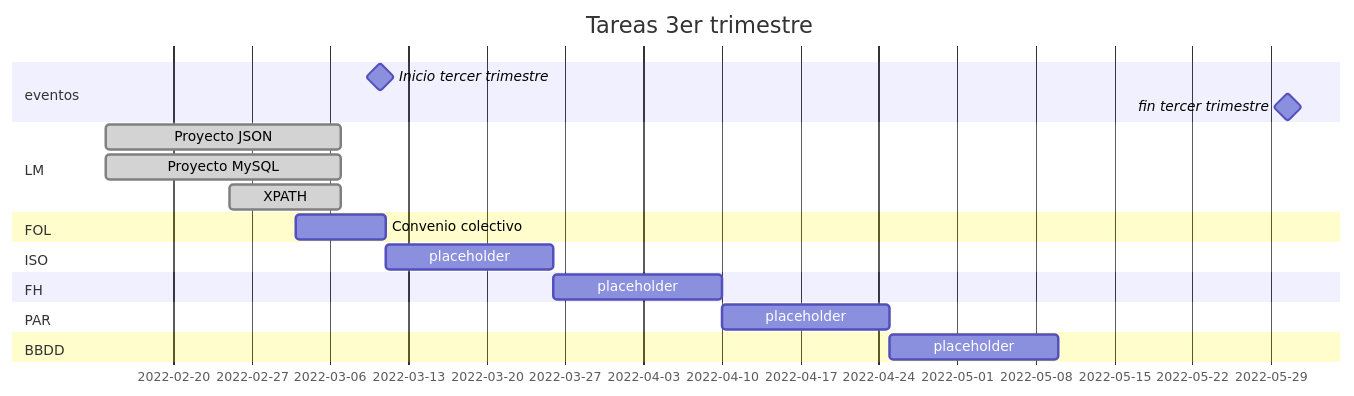
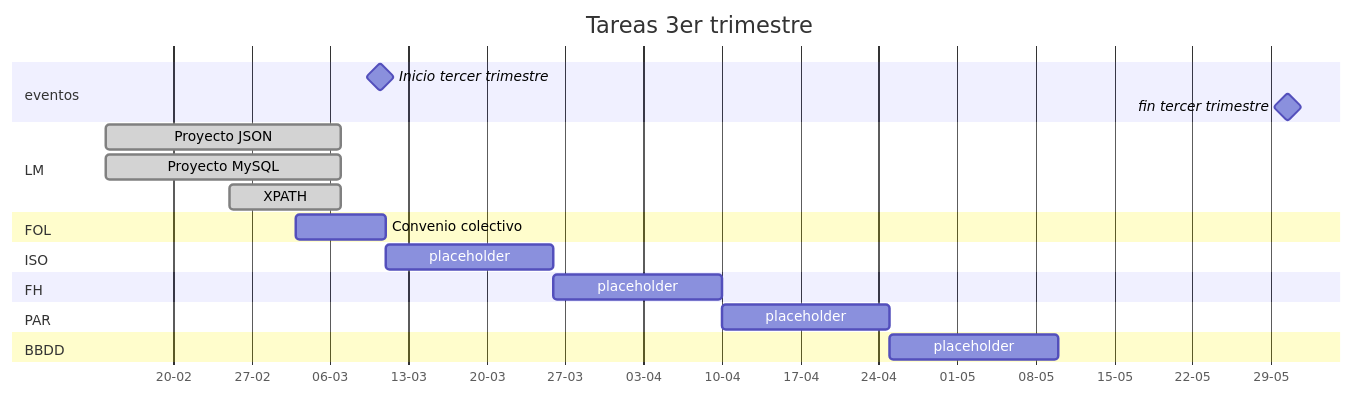
The diagram in README.md (robertorodriguez98/apuntesClase), drawn with Mermaid before and after one commit.

Commit message:
modificado formato README.md

````diff
--- a/README.md
+++ b/README.md
@@ -3,29 +3,30 @@
 ```mermaid
 gantt
     %%etiquetas posibles: done,active,crit,milestone
     title Tareas 3er trimestre
-    dateFormat  YYYY-MM-DD
+    dateFormat  DD-MM-YY
+    axisFormat  %d-%m
     section eventos
-    Inicio tercer trimestre : milestone,2022-03-10,1d
-    fin tercer trimestre : milestone,2022-05-30,1d
-    
+    Inicio tercer trimestre : milestone,10-03-22,1d
+    fin tercer trimestre : milestone,30-05-22,1d
+
     section LM
-    Proyecto JSON           :done,2022-02-14,2022-03-07
-    Proyecto MySQL          :done,2022-02-14,2022-03-07
-    XPATH                   :done,2022-02-25,2022-03-07
+    Proyecto JSON           :done,14-02-22,07-03-22
+    Proyecto MySQL          :done,14-02-22,07-03-22
+    XPATH                   :done,25-02-22,07-03-22
 
     section FOL
-    Convenio colectivo      :2022-03-03,2022-03-11
+    Convenio colectivo      :03-03-22,11-03-22
 
     section ISO
     placeholder             :15d
 
     section FH
     placeholder             :15d
 
     section PAR
     placeholder             :15d
 
     section BBDD
     placeholder             :15d
 ```
````
